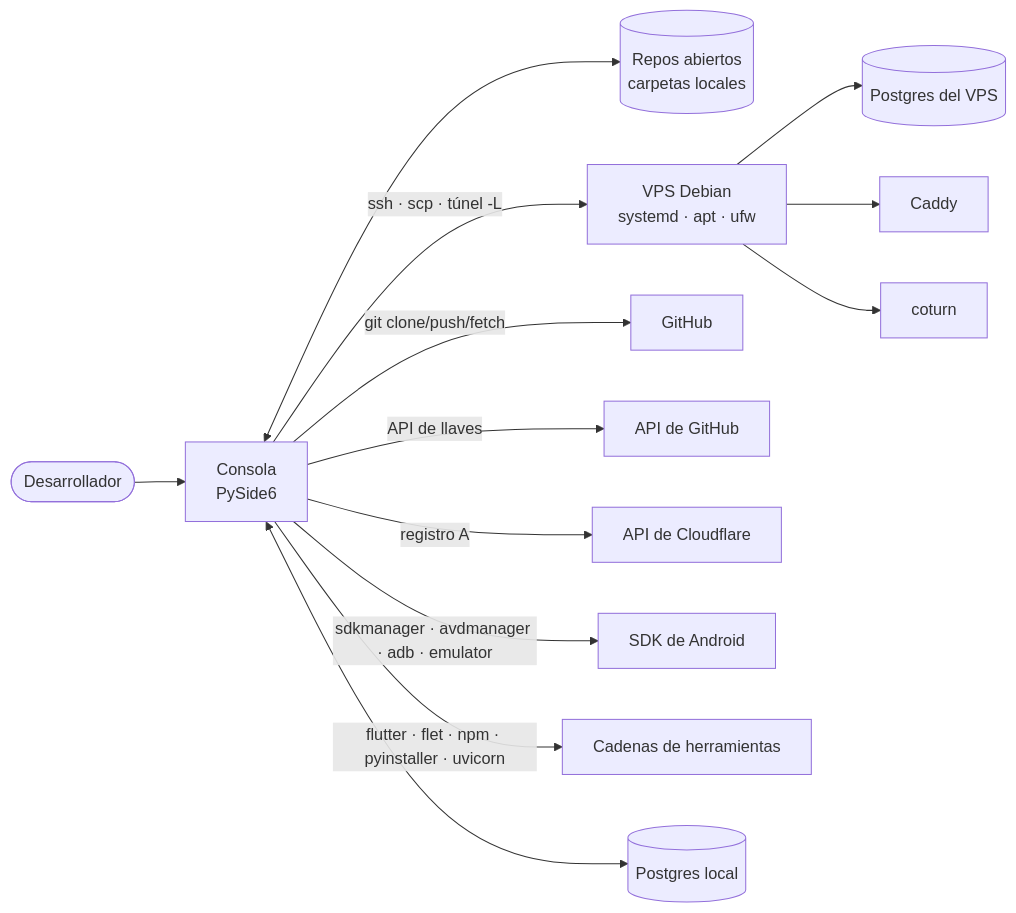
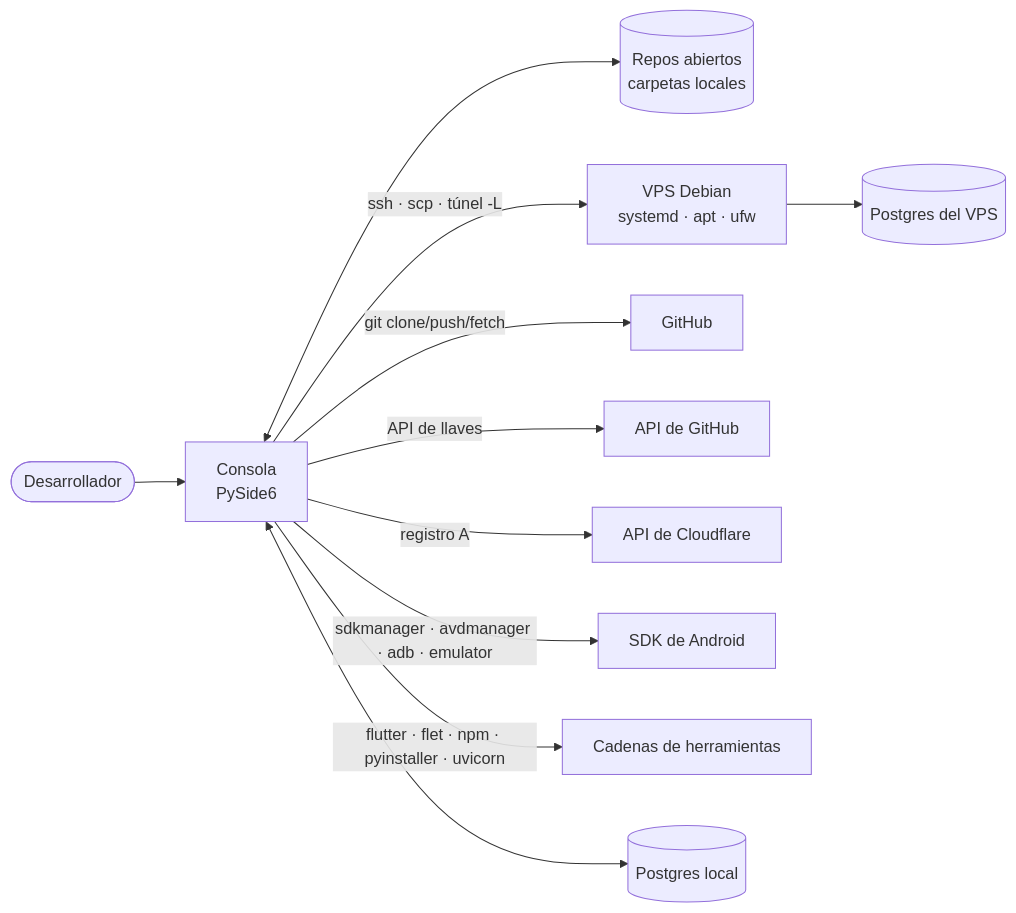
The diagram in docs/arquitectura/01_contexto.md (equipaggioe/consola), drawn with Mermaid before and after one commit. The commit also changed other lines of this file and 41 other files, not shown here.

````diff
--- a/docs/arquitectura/01_contexto.md
+++ b/docs/arquitectura/01_contexto.md
@@ -39,15 +39,13 @@
 ```mermaid
 flowchart LR
     U([Desarrollador]) --> C[Consola<br/>PySide6]
     C <--> REPO[(Repos abiertos<br/>carpetas locales)]
     C -- "ssh · scp · túnel -L" --> VPS[VPS Debian<br/>systemd · apt · ufw]
     VPS --> PG[(Postgres del VPS)]
-    VPS --> CADDY[Caddy]
-    VPS --> TURN[coturn]
     C -- "git clone/push/fetch" --> GH[GitHub]
     C -- "API de llaves" --> GHAPI[API de GitHub]
     C -- "registro A" --> CF[API de Cloudflare]
     C -- "sdkmanager · avdmanager · adb · emulator" --> SDK[SDK de Android]
     C -- "flutter · flet · npm · pyinstaller · uvicorn" --> TOOLS[Cadenas de herramientas]
     C <--> PGL[(Postgres local)]
 ```
````
